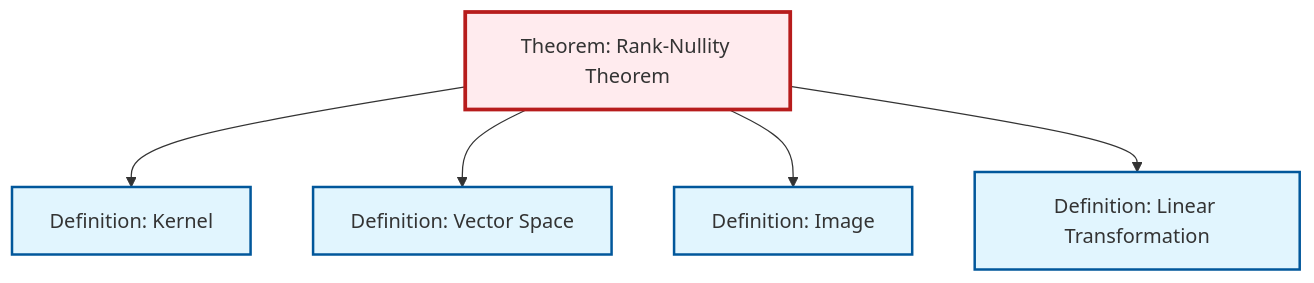
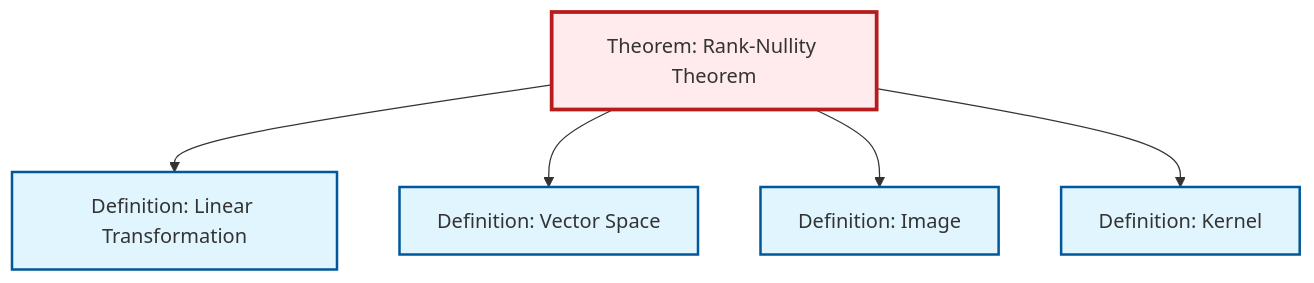
The diagram in content/en/algebra/thm-rank-nullity.qmd (RK0429/ModernMath), drawn with Mermaid before and after one commit. The commit also changed 511 other files, not shown here.

````diff
--- a/content/en/algebra/thm-rank-nullity.qmd
+++ b/content/en/algebra/thm-rank-nullity.qmd
@@ -55,24 +55,19 @@
 ```{mermaid}
 %%| fig-cap: "Local dependency graph"
 graph TD
     classDef definition fill:#e1f5fe,stroke:#01579b,stroke-width:2px
     classDef theorem fill:#f3e5f5,stroke:#4a148c,stroke-width:2px
     classDef axiom fill:#fff3e0,stroke:#e65100,stroke-width:2px
     classDef example fill:#e8f5e9,stroke:#1b5e20,stroke-width:2px
     classDef current fill:#ffebee,stroke:#b71c1c,stroke-width:3px
+    thm-rank-nullity["Theorem: Rank-Nullity Theorem"]:::theorem
+    def-linear-transformation["Definition: Linear Transformation"]:::definition
+    def-image["Definition: Image"]:::definition
     def-kernel["Definition: Kernel"]:::definition
-    def-linear-transformation["Definition: Linear Transformation"]:::definition
-    thm-rank-nullity["Theorem: Rank-Nullity Theorem"]:::theorem
     def-vector-space["Definition: Vector Space"]:::definition
-    def-image["Definition: Image"]:::definition
-    thm-rank-nullity --> def-kernel
+    thm-rank-nullity --> def-linear-transformation
     thm-rank-nullity --> def-vector-space
     thm-rank-nullity --> def-image
-    thm-rank-nullity --> def-linear-transformation
+    thm-rank-nullity --> def-kernel
     class thm-rank-nullity current
-
-    click def-kernel "def-kernel.html" "Go to Kernel definition"
-    click def-linear-transformation "def-linear-transformation.html" "Go to Linear Transformation definition"
-    click def-vector-space "def-vector-space.html" "Go to Vector Space definition"
-    click def-image "def-image.html" "Go to Image definition"
 ```
````
